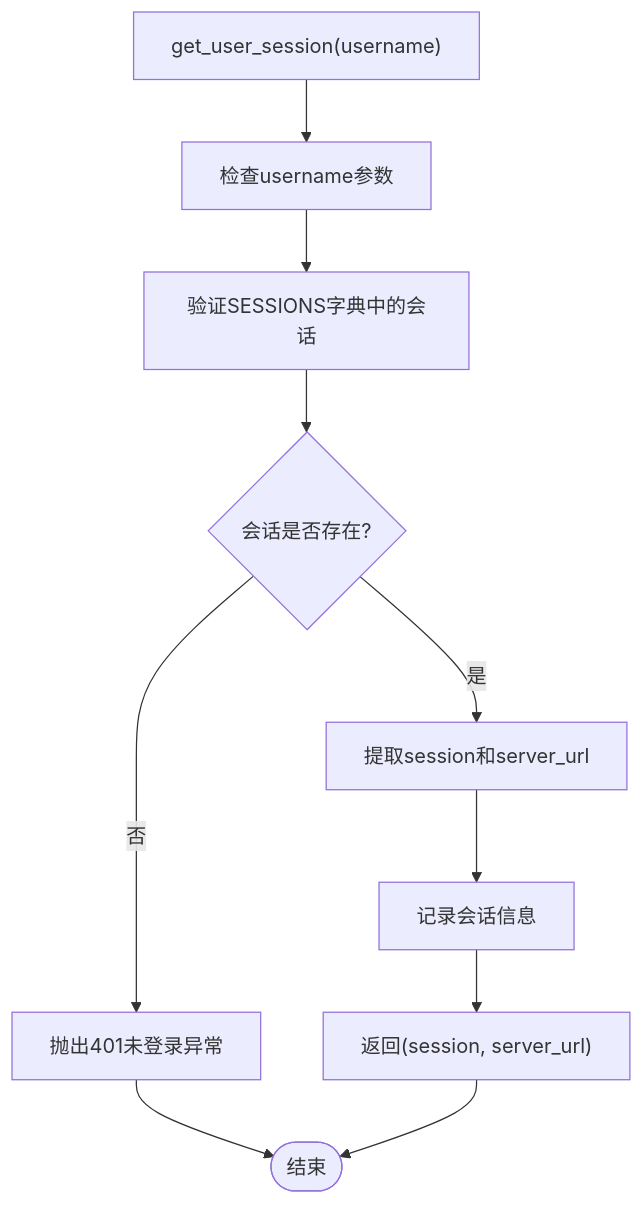
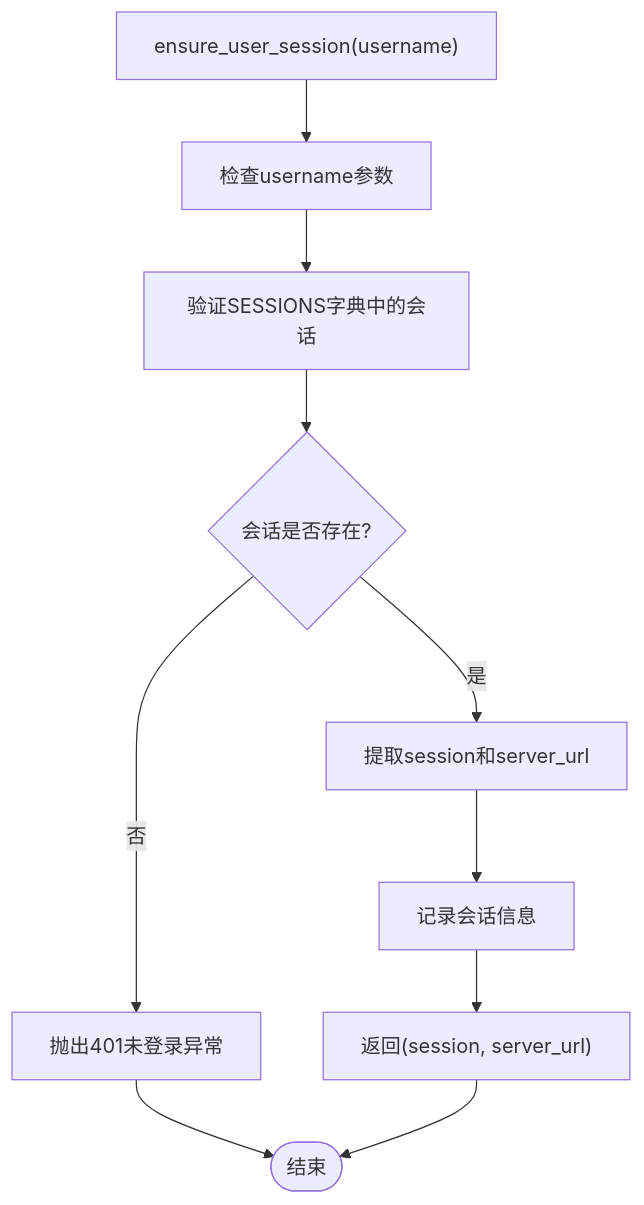
One commit to ghbbn053-ship-itsoulddog/soulddog changed the tenth of 15 diagrams in .qoder/repowiki/zh/content/后端API文档/个人信息查询API.md. Above: the diagram before and after it, drawn with Mermaid. The commit also changed other lines of this file and 119 other files, not shown here.

````diff
--- a/.qoder/repowiki/zh/content/后端API文档/个人信息查询API.md
+++ b/.qoder/repowiki/zh/content/后端API文档/个人信息查询API.md
@@ -439,12 +496,12 @@
 ```mermaid
 flowchart TD
-GetUserSession["get_user_session(username)"] --> CheckUsername["检查username参数"]
+EnsureUserSession["ensure_user_session(username)"] --> CheckUsername["检查username参数"]
 CheckUsername --> ValidateSession["验证SESSIONS字典中的会话"]
 ValidateSession --> SessionExists{"会话是否存在?"}
 SessionExists --> |否| Raise401["抛出401未登录异常"]
 SessionExists --> |是| ExtractData["提取session和server_url"]
 ExtractData --> LogSession["记录会话信息"]
 LogSession --> ReturnTuple["返回(session, server_url)"]
 Raise401 --> End([结束])
 ReturnTuple --> End
 ```
````
